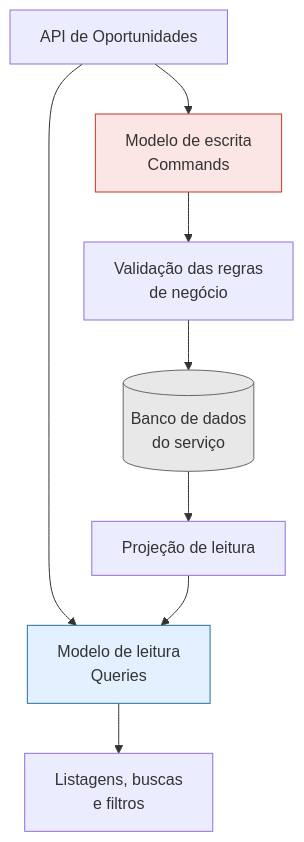
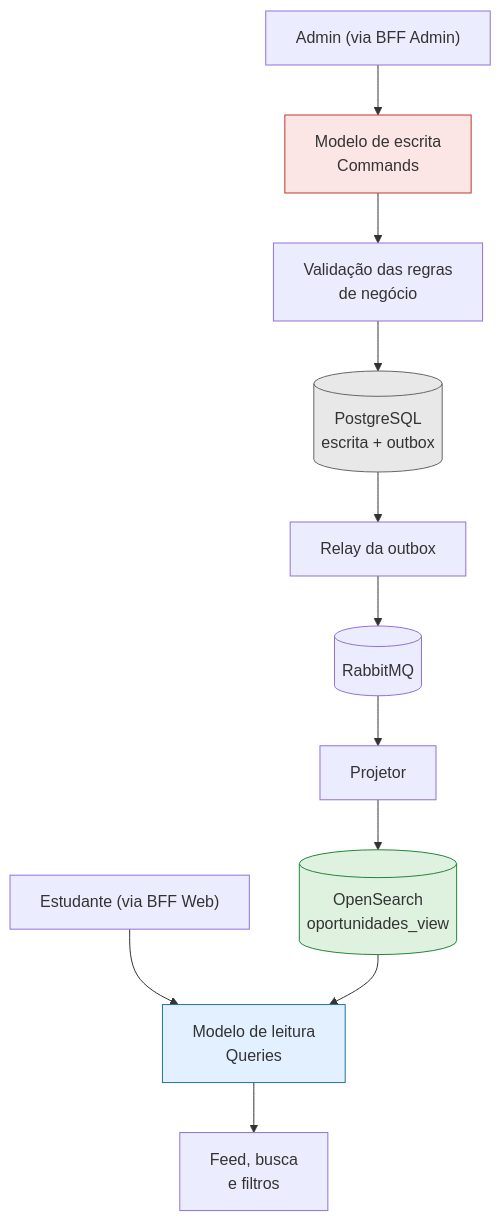
Before and after one commit to joao-givisiez/ConectaU: the diagram in docs/arquitetura/4.7-cqrs.md, drawn with Mermaid. The commit also changed other lines of this file and 8 other files, not shown here.

Commit message:
atualização de alguns microserviços, refatoração de contratos rest e isolamento de cada serviço em um unico banco de dados

````diff
--- a/docs/arquitetura/4.7-cqrs.md
+++ b/docs/arquitetura/4.7-cqrs.md
@@ -22,19 +29,21 @@
 ```mermaid
 flowchart TD
-    API["API de Oportunidades"]
-
-    API --> CMD["Modelo de escrita<br/>Commands"]
-    API --> QRY["Modelo de leitura<br/>Queries"]
+    ADM["Admin (via BFF Admin)"] --> CMD["Modelo de escrita<br/>Commands"]
+    EST["Estudante (via BFF Web)"] --> QRY["Modelo de leitura<br/>Queries"]
 
     CMD --> RULES["Validação das regras<br/>de negócio"]
-    RULES --> DB[("Banco de dados<br/>do serviço")]
+    RULES --> DB[("PostgreSQL<br/>escrita + outbox")]
 
-    DB --> PROJ["Projeção de leitura"]
-    PROJ --> QRY
+    DB --> RELAY["Relay da outbox"]
+    RELAY --> MQ[("RabbitMQ")]
+    MQ --> PROJ["Projetor"]
+    PROJ --> OS[("OpenSearch<br/>oportunidades_view")]
+    OS --> QRY
 
-    QRY --> RESULT["Listagens, buscas<br/>e filtros"]
+    QRY --> RESULT["Feed, busca<br/>e filtros"]
 
     style CMD fill:#fbe5e5,stroke:#c0392b,color:#333
     style QRY fill:#e2f0ff,stroke:#2471a3,color:#333
     style DB fill:#e8e8e8,stroke:#666,color:#333
+    style OS fill:#dff2df,stroke:#27833b,color:#333
 ```
````
